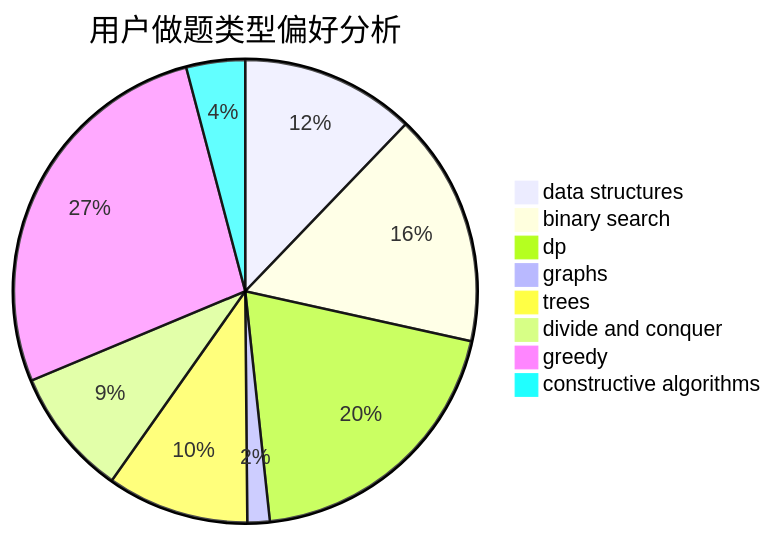
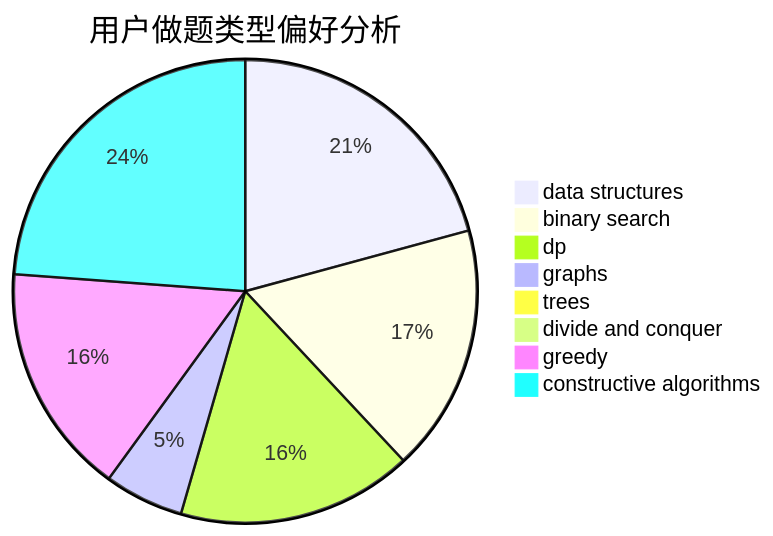
One commit to sherpahu/cfrs.github.io changed the second of 3 diagrams in docs/user/u297.md. Above: the diagram before and after it, drawn with Mermaid. The commit also changed other lines of this file and 2770 other files, not shown here.

````diff
--- a/docs/user/u297.md
+++ b/docs/user/u297.md
@@ -23,11 +23,11 @@
 ```mermaid
 pie title 用户做题类型偏好分析
-    "data structures" :  86
-    "binary search" :  115
-    "dp" :  140
-    "graphs" :  11
-    "trees" :  70
-    "divide and conquer" :  63
-    "greedy" :  192
-    "constructive algorithms" :  29
+    "data structures" :  225
+    "binary search" :  187
+    "dp" :  178
+    "graphs" :  60
+    "trees" :  8
+    "divide and conquer" :  0
+    "greedy" :  175
+    "constructive algorithms" :  258
 ```
````
